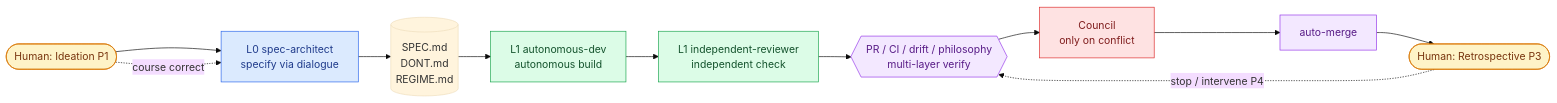
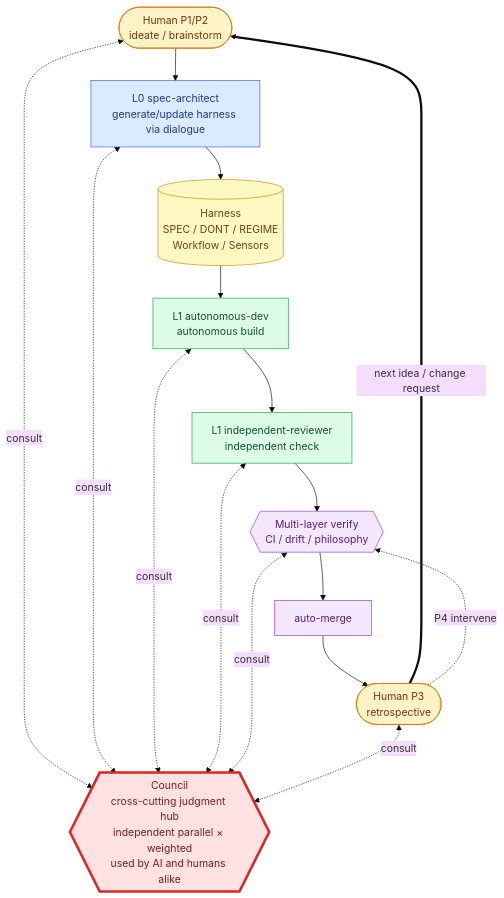
The diagram in README.en.md (samejima-ai/dialog-harness), drawn with Mermaid (base theme) before and after one commit. The commit also changed other lines of this file and 1 other file, not shown here.

````diff
--- a/README.en.md
+++ b/README.en.md
@@ -72,19 +78,28 @@
 ```mermaid
-flowchart LR
-    H([Human: Ideation P1]):::human --> L0
-    L0[L0 spec-architect<br/>specify via dialogue]:::l0 --> SPEC[(SPEC.md<br/>DONT.md<br/>REGIME.md)]
-    SPEC --> L1
-    L1[L1 autonomous-dev<br/>autonomous build]:::l1 --> REVIEW
-    REVIEW[L1 independent-reviewer<br/>independent check]:::l1 --> PR
-    PR{{PR / CI / drift / philosophy<br/>multi-layer verify}}:::cc --> COUNCIL
-    COUNCIL[Council<br/>only on conflict]:::council --> MERGE[auto-merge]:::cc
-    MERGE --> H2([Human: Retrospective P3]):::human
-    H2 -.stop / intervene P4.-> PR
-    H -.course correct.-> L0
+flowchart TB
+    COUNCIL{{Council<br/>cross-cutting judgment hub<br/>independent parallel × weighted<br/>used by AI and humans alike}}:::council
+
+    H1([Human P1/P2<br/>ideate / brainstorm]):::human --> L0
+    L0[L0 spec-architect<br/>generate/update harness via dialogue]:::l0 --> HARNESS[(Harness<br/>SPEC / DONT / REGIME<br/>Workflow / Sensors)]:::harness
+    HARNESS --> L1[L1 autonomous-dev<br/>autonomous build]:::l1
+    L1 --> REVIEW[L1 independent-reviewer<br/>independent check]:::l1
+    REVIEW --> VERIFY{{Multi-layer verify<br/>CI / drift / philosophy}}:::cc
+    VERIFY --> MERGE[auto-merge]:::cc
+    MERGE --> H3([Human P3<br/>retrospective]):::human
+    H3 == next idea / change request ==> H1
+    H3 -. P4 intervene .-> VERIFY
+
+    H1 <-. consult .-> COUNCIL
+    L0 <-. consult .-> COUNCIL
+    L1 <-. consult .-> COUNCIL
+    REVIEW <-. consult .-> COUNCIL
+    VERIFY <-. consult .-> COUNCIL
+    H3 <-. consult .-> COUNCIL
 
     classDef human fill:#fef3c7,stroke:#d97706,color:#78350f
     classDef l0 fill:#dbeafe,stroke:#2563eb,color:#1e3a8a
     classDef l1 fill:#dcfce7,stroke:#16a34a,color:#14532d
+    classDef harness fill:#fef9c3,stroke:#ca8a04,color:#713f12
     classDef cc fill:#f3e8ff,stroke:#9333ea,color:#581c87
-    classDef council fill:#fee2e2,stroke:#dc2626,color:#7f1d1d
+    classDef council fill:#fee2e2,stroke:#dc2626,color:#7f1d1d,stroke-width:4px
 ```
````
